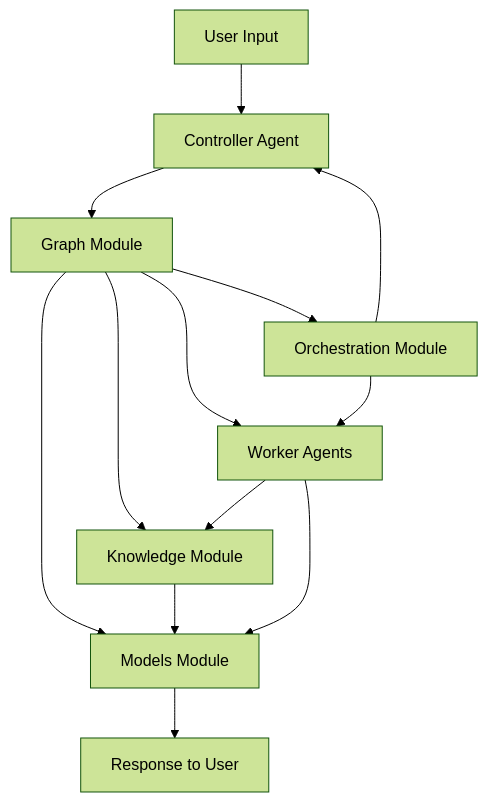
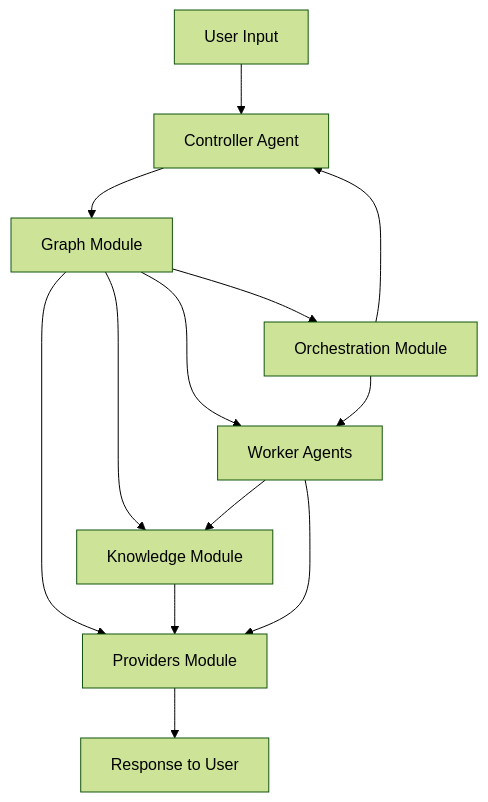
The diagram in docs/architecture/module_interaction.md (inherent-design/atlas), drawn with Mermaid (forest theme) before and after one commit. The commit also changed other lines of this file and 76 other files, not shown here.

````diff
--- a/docs/architecture/module_interaction.md
+++ b/docs/architecture/module_interaction.md
@@ -19,15 +19,15 @@
 ```mermaid
 flowchart TD
     User[User Input] --> Controller[Controller Agent]
     Controller --> Graph[Graph Module]
     Graph --> Knowledge[Knowledge Module]
-    Graph --> Models[Models Module]
+    Graph --> Providers[Providers Module]
     Graph --> Workers[Worker Agents]
-    Knowledge --> Models
-    Workers --> Models
+    Knowledge --> Providers
+    Workers --> Providers
     Orchestration[Orchestration Module] --> Controller
     Orchestration --> Workers
     Graph --> Orchestration
     Workers --> Knowledge
-    Models --> Response[Response to User]
+    Providers --> Response[Response to User]
 ```
````
